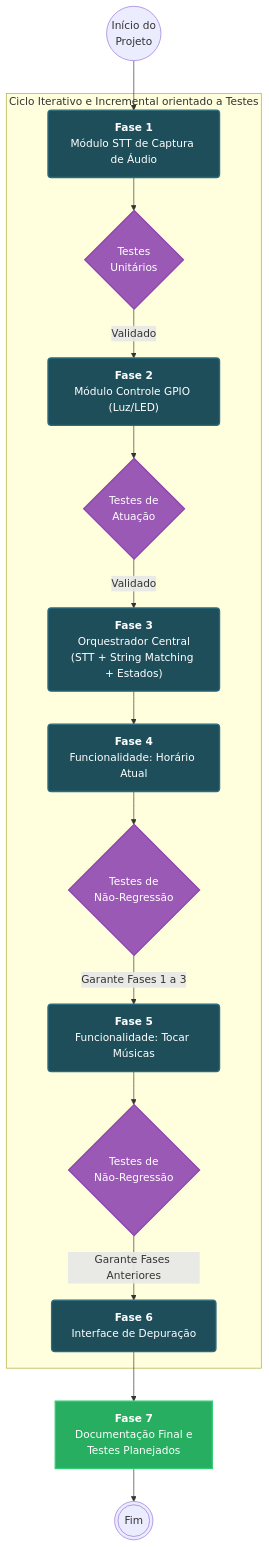
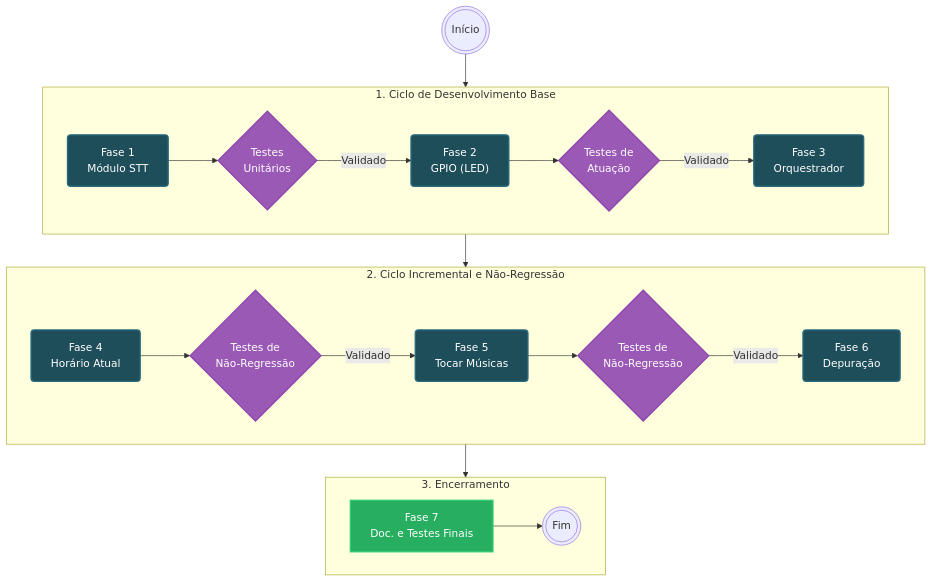
One commit to maris-silva/llm-voice-assistant changed the fifth of 5 diagrams in docs/relatorio.md. Above: the diagram before and after it, drawn with Mermaid.

Commit message:
correcao diagrama desenvolvimento

````diff
--- a/docs/relatorio.md
+++ b/docs/relatorio.md
@@ -299,32 +299,37 @@
 ```mermaid
-graph TD
-    %% Estilos
+flowchart TD
+    %% Estilos visuais
     classDef fase fill:#1f4e5b,stroke:#2b6b7d,stroke-width:2px,color:#fff,rx:5px,ry:5px;
     classDef teste fill:#9b59b6,stroke:#8e44ad,stroke-width:2px,color:#fff;
     classDef final fill:#27ae60,stroke:#2ecc71,stroke-width:2px,color:#fff;
 
-    INICIO((Início do<br>Projeto)) --> F1
+    INICIO(((Início))) --> L1
 
-    subgraph Ciclo Iterativo e Incremental orientado a Testes
-        F1["<b>Fase 1</b><br>Módulo STT de Captura de Áudio"]:::fase --> T1{"Testes<br>Unitários"}:::teste
-        T1 -->|Validado| F2
-        
-        F2["<b>Fase 2</b><br>Módulo Controle GPIO (Luz/LED)"]:::fase --> T2{"Testes de<br>Atuação"}:::teste
-        T2 -->|Validado| F3
-        
-        F3["<b>Fase 3</b><br>Orquestrador Central<br>(STT + String Matching + Estados)"]:::fase --> F4
-        
-        F4["<b>Fase 4</b><br>Funcionalidade: Horário Atual"]:::fase --> NR1{"Testes de<br>Não-Regressão"}:::teste
-        
-        NR1 -->|Garante Fases 1 a 3| F5
-        
-        F5["<b>Fase 5</b><br>Funcionalidade: Tocar Músicas"]:::fase --> NR2{"Testes de<br>Não-Regressão"}:::teste
-        
-        NR2 -->|Garante Fases Anteriores| F6
-        
-        F6["<b>Fase 6</b><br>Interface de Depuração"]:::fase
+    %% Primeira linha horizontal (Esquerda para Direita)
+    subgraph L1 [1. Ciclo de Desenvolvimento Base]
+        direction LR
+        F1["Fase 1<br>Módulo STT"]:::fase --> T1{"Testes<br>Unitários"}:::teste
+        T1 -->|Validado| F2["Fase 2<br>GPIO (LED)"]:::fase
+        F2 --> T2{"Testes de<br>Atuação"}:::teste
+        T2 -->|Validado| F3["Fase 3<br>Orquestrador"]:::fase
     end
 
-    F6 --> F7["<b>Fase 7</b><br>Documentação Final e<br>Testes Planejados"]:::final
-    F7 --> FIM(((Fim)))
+    L1 --> L2
+
+    %% Segunda linha horizontal (Esquerda para Direita)
+    subgraph L2 [2. Ciclo Incremental e Não-Regressão]
+        direction LR
+        F4["Fase 4<br>Horário Atual"]:::fase --> NR1{"Testes de<br>Não-Regressão"}:::teste
+        NR1 -->|Validado| F5["Fase 5<br>Tocar Músicas"]:::fase
+        F5 --> NR2{"Testes de<br>Não-Regressão"}:::teste
+        NR2 -->|Validado| F6["Fase 6<br>Depuração"]:::fase
+    end
+
+    L2 --> L3
+
+    %% Terceira linha horizontal
+    subgraph L3 [3. Encerramento]
+        direction LR
+        F7["Fase 7<br>Doc. e Testes Finais"]:::final --> FIM(((Fim)))
+    end
 ```
````
